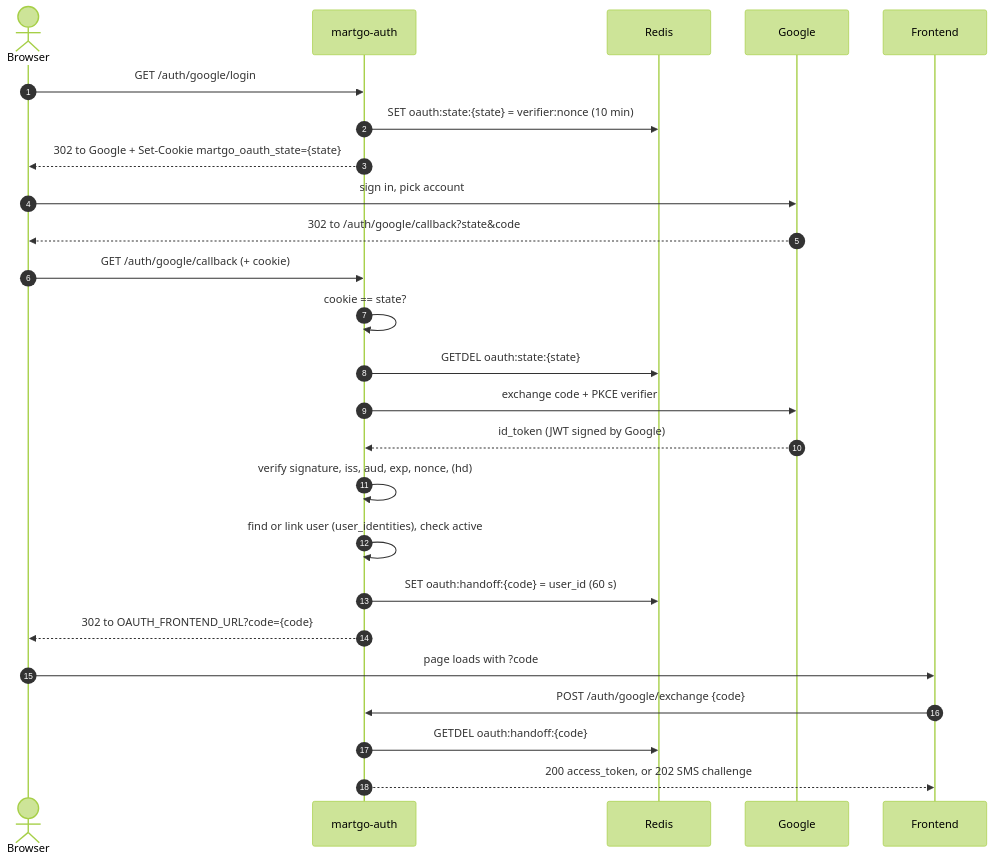
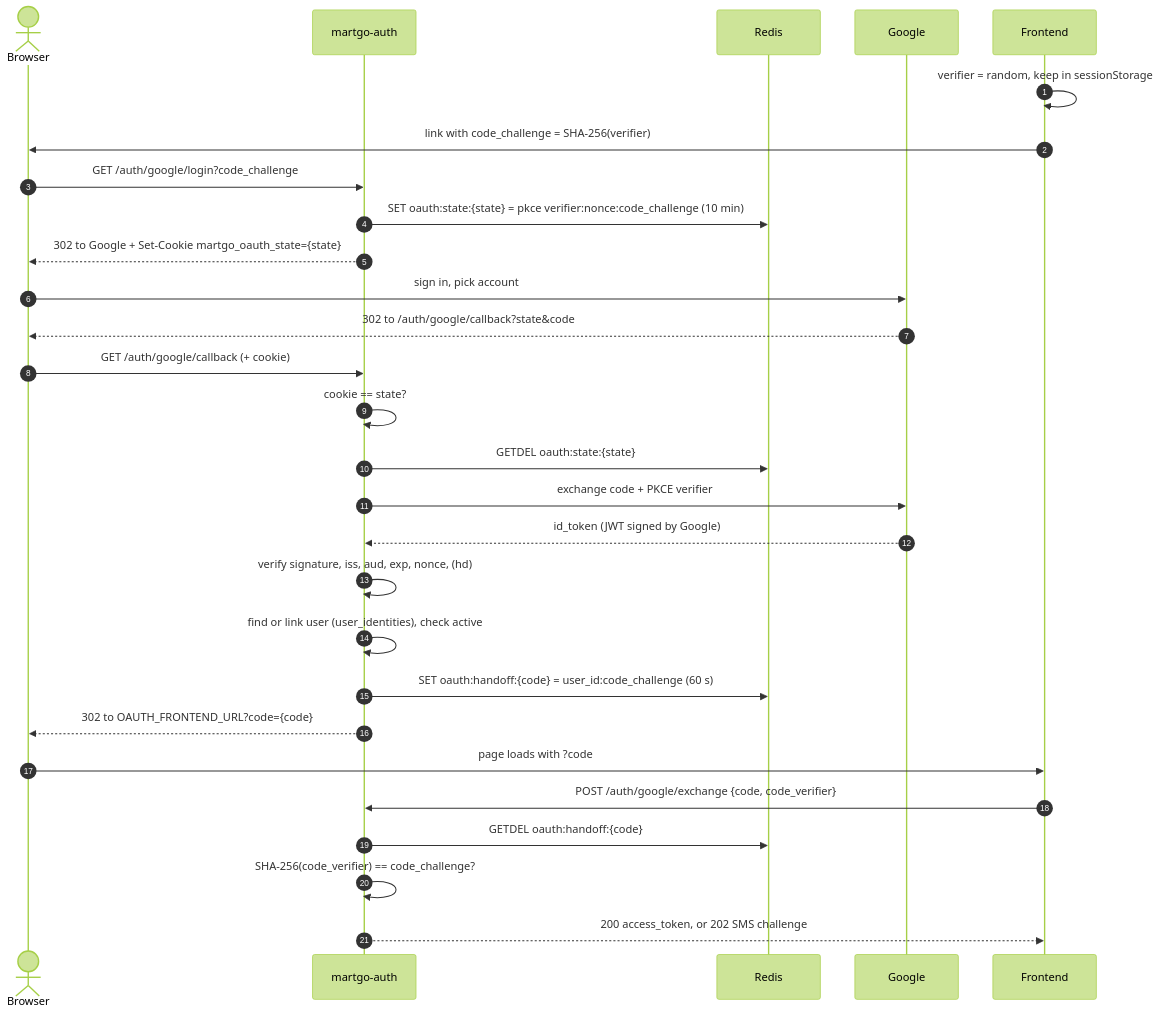
One commit to TonnPcst/auth-martgo-backend- changed the diagram in docs/GOOGLE_LOGIN.md. Above: the diagram before and after it, drawn with Mermaid (forest theme). The commit also changed other lines of this file and 8 other files, not shown here.

Commit message:
bind Google handoff codes to the browser with PKCE

````diff
--- a/docs/GOOGLE_LOGIN.md
+++ b/docs/GOOGLE_LOGIN.md
@@ -29,28 +29,31 @@
 ```mermaid
 sequenceDiagram
     autonumber
     actor U as Browser
     participant A as martgo-auth
     participant R as Redis
     participant G as Google
     participant F as Frontend
 
-    U->>A: GET /auth/google/login
-    A->>R: SET oauth:state:{state} = verifier:nonce (10 min)
+    F->>F: verifier = random, keep in sessionStorage
+    F->>U: link with code_challenge = SHA-256(verifier)
+    U->>A: GET /auth/google/login?code_challenge
+    A->>R: SET oauth:state:{state} = pkce verifier:nonce:code_challenge (10 min)
     A-->>U: 302 to Google + Set-Cookie martgo_oauth_state={state}
     U->>G: sign in, pick account
     G-->>U: 302 to /auth/google/callback?state&code
     U->>A: GET /auth/google/callback (+ cookie)
     A->>A: cookie == state?
     A->>R: GETDEL oauth:state:{state}
     A->>G: exchange code + PKCE verifier
     G-->>A: id_token (JWT signed by Google)
     A->>A: verify signature, iss, aud, exp, nonce, (hd)
     A->>A: find or link user (user_identities), check active
-    A->>R: SET oauth:handoff:{code} = user_id (60 s)
+    A->>R: SET oauth:handoff:{code} = user_id:code_challenge (60 s)
     A-->>U: 302 to OAUTH_FRONTEND_URL?code={code}
     U->>F: page loads with ?code
-    F->>A: POST /auth/google/exchange {code}
+    F->>A: POST /auth/google/exchange {code, code_verifier}
     A->>R: GETDEL oauth:handoff:{code}
+    A->>A: SHA-256(code_verifier) == code_challenge?
     A-->>F: 200 access_token, or 202 SMS challenge
 ```
````
